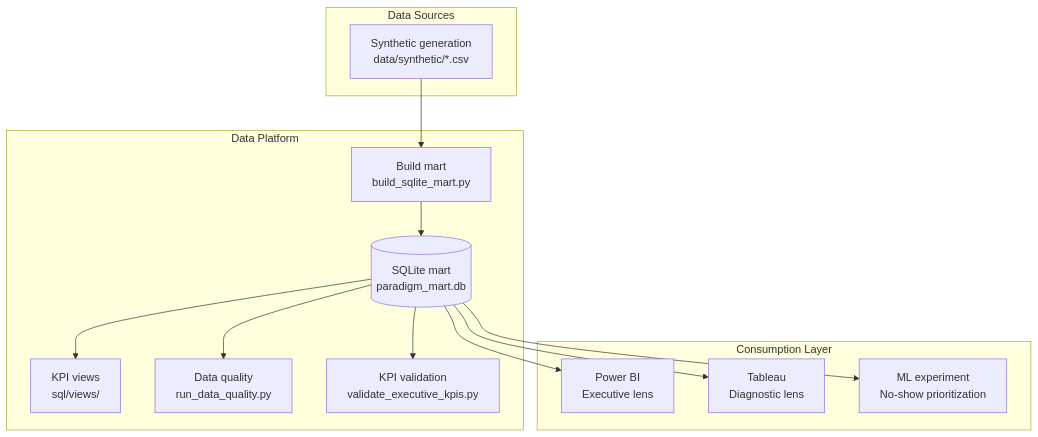
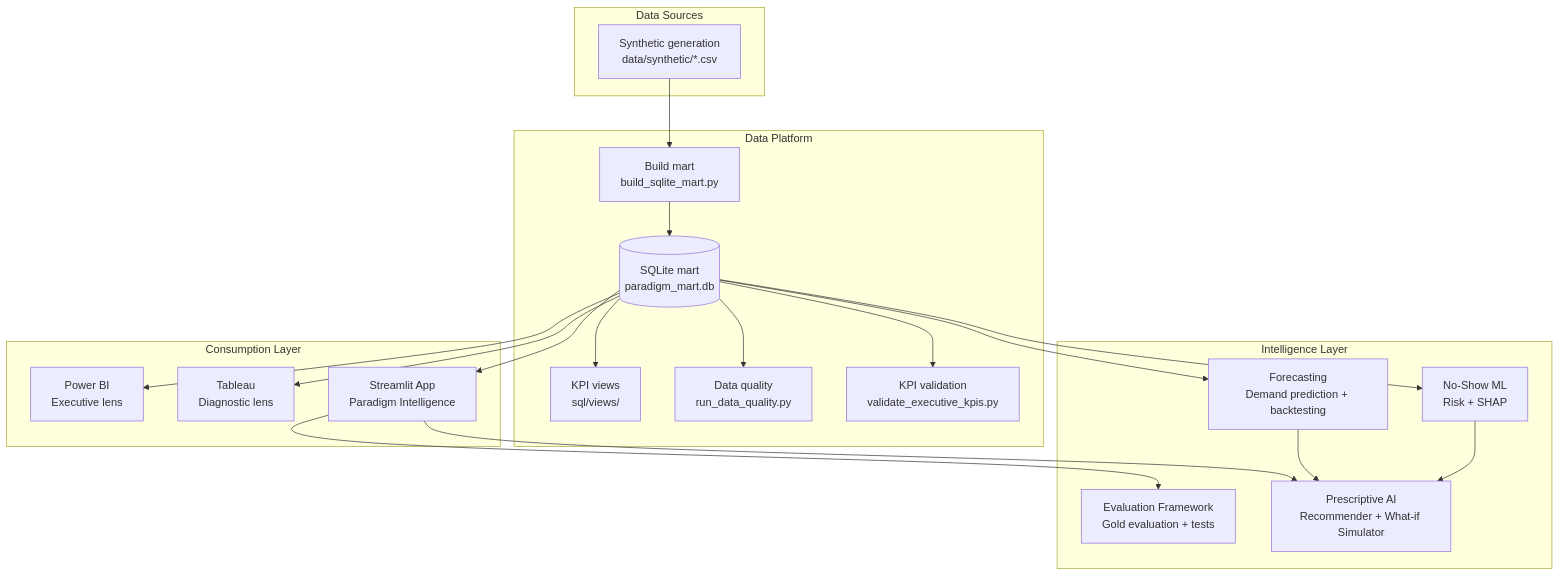
The diagram in README.md (Agus-Delgado/Paradigm-), drawn with Mermaid before and after one commit. The commit also changed other lines of this file and 32 other files, not shown here.

First line of the commit message:
feat: completar Fases 1-4 de Paradigm Intelligence

````diff
--- a/README.md
+++ b/README.md
@@ -305,28 +336,41 @@
 ```mermaid
 flowchart TB
     subgraph dataSources ["Data Sources"]
         GEN["Synthetic generation<br/>data/synthetic/*.csv"]
     end
 
     subgraph dataPlatform ["Data Platform"]
         BUILD["Build mart<br/>build_sqlite_mart.py"]
         MART[("SQLite mart<br/>paradigm_mart.db")]
         VIEWS["KPI views<br/>sql/views/"]
         QTY["Data quality<br/>run_data_quality.py"]
         VAL["KPI validation<br/>validate_executive_kpis.py"]
     end
 
     subgraph consumption ["Consumption Layer"]
         PBI["Power BI<br/>Executive lens"]
         TAB["Tableau<br/>Diagnostic lens"]
-        ML["ML experiment<br/>No-show prioritization"]
+        APP["Streamlit App<br/>Paradigm Intelligence"]
+    end
+
+    subgraph intelligence ["Intelligence Layer"]
+        NS["No-Show ML<br/>Risk + SHAP"]
+        FC["Forecasting<br/>Demand prediction + backtesting"]
+        EV["Evaluation Framework<br/>Gold evaluation + tests"]
+        PR["Prescriptive AI<br/>Recommender + What-if Simulator"]
     end
 
     GEN --> BUILD --> MART
     MART --> VIEWS
     MART --> QTY
     MART --> VAL
     MART --> PBI
     MART --> TAB
-    MART --> ML
+    MART --> APP
+    MART --> NS
+    MART --> FC
+    NS --> PR
+    FC --> PR
+    APP --> EV
+    APP --> PR
 ```
````
